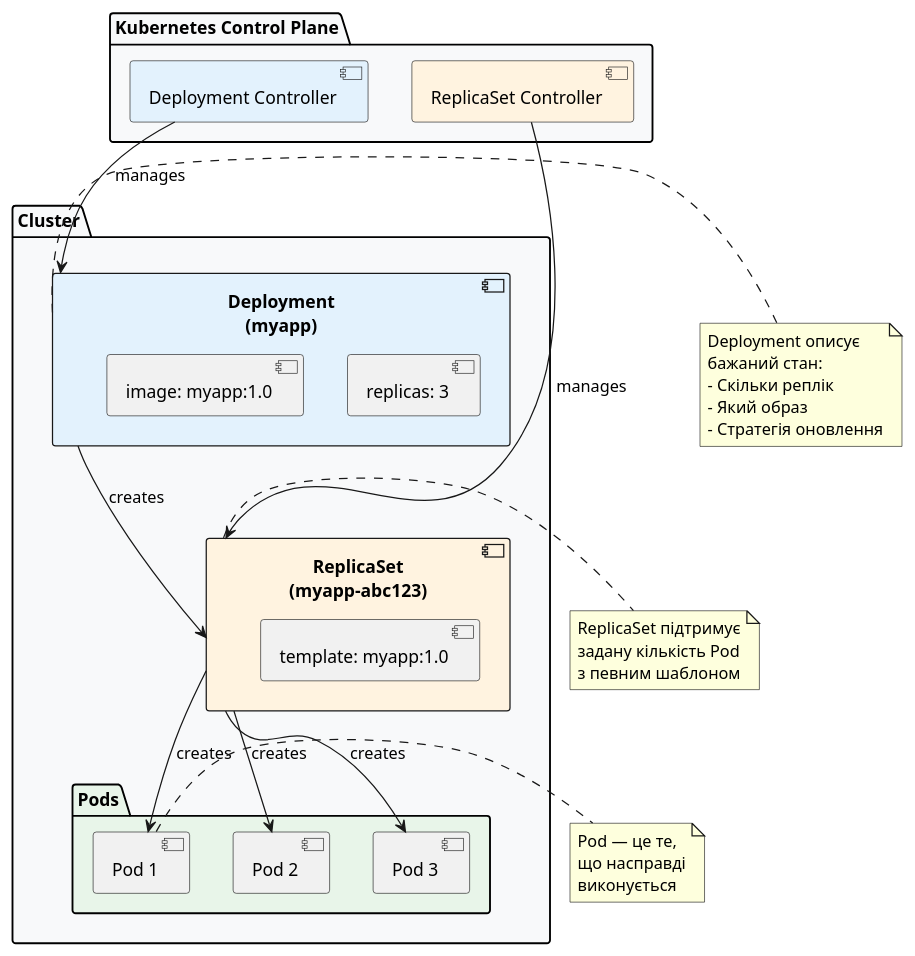
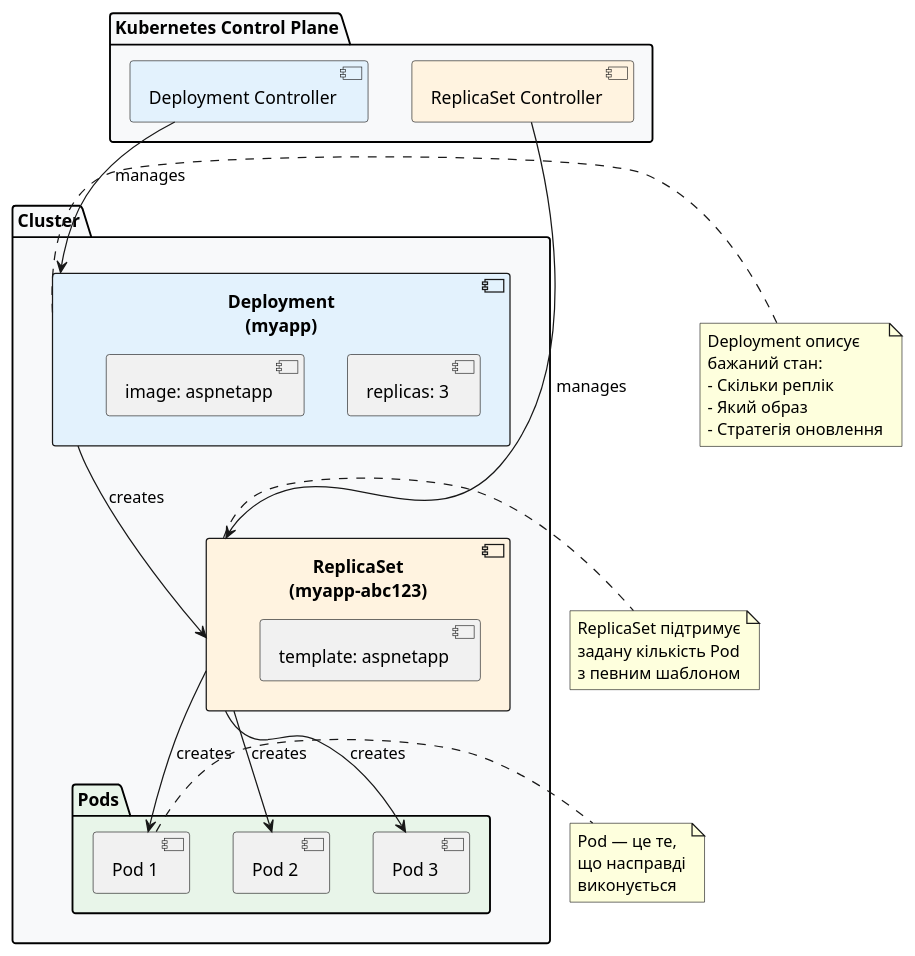
The first of 6 diagrams in content/07.tools/02.kubernetes/06.deployment-basics.md (UTUBMIR/kostyl.dev), drawn with PlantUML before and after one commit. The commit also changed other lines of this file and 26 other files, not shown here.

````diff
--- a/content/07.tools/02.kubernetes/06.deployment-basics.md
+++ b/content/07.tools/02.kubernetes/06.deployment-basics.md
@@ -131,57 +131,57 @@
 ```plantuml
 @startuml
 skinparam style plain
 skinparam backgroundColor #ffffff
 
 package "Kubernetes Control Plane" #f8f9fa {
     component "Deployment Controller" as dc #e3f2fd
     component "ReplicaSet Controller" as rsc #fff3e0
 }
 
 package "Cluster" #f8f9fa {
     component "Deployment\n(myapp)" as dep #e3f2fd {
         [replicas: 3]
-        [image: myapp:1.0]
+        [image: aspnetapp]
     }
     
     component "ReplicaSet\n(myapp-abc123)" as rs #fff3e0 {
         [replicas: 3]
-        [template: myapp:1.0]
+        [template: aspnetapp]
     }
     
     package "Pods" #e8f5e9 {
         component "Pod 1" as p1
         component "Pod 2" as p2
         component "Pod 3" as p3
     }
 }
 
 dc --> dep : manages
 dep --> rs : creates
 rsc --> rs : manages
 rs --> p1 : creates
 rs --> p2 : creates
 rs --> p3 : creates
 
 note right of dep
     Deployment описує
     бажаний стан:
     - Скільки реплік
     - Який образ
     - Стратегія оновлення
 end note
 
 note right of rs
     ReplicaSet підтримує
     задану кількість Pod
     з певним шаблоном
 end note
 
 note right of p1
     Pod — це те,
     що насправді
     виконується
 end note
 
 @enduml
 ```
````
